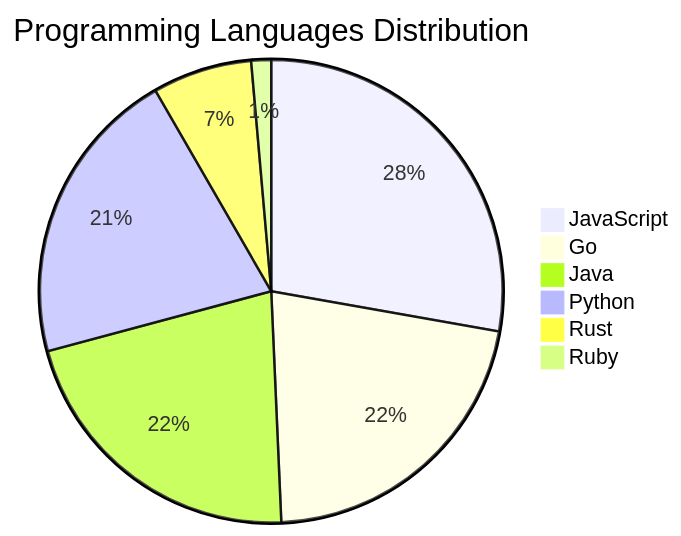
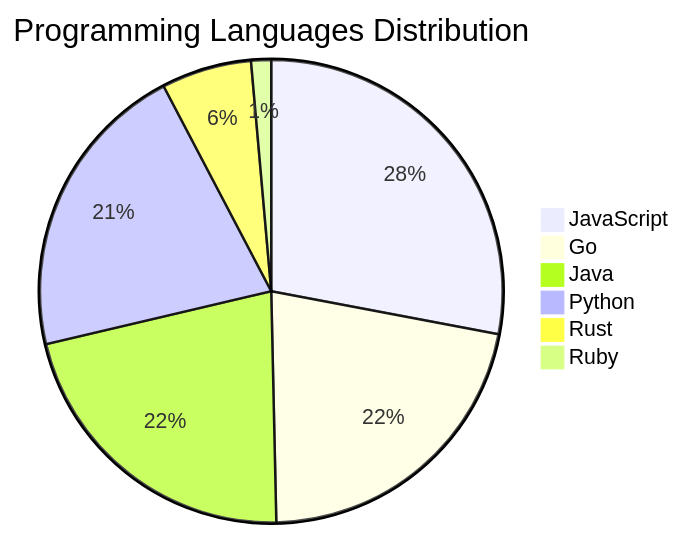
The diagram in README.md (Derrick-MUGISHA/github-activity-bot), drawn with Mermaid before and after one commit. The commit also changed other lines of this file and 4 other files, not shown here.

````diff
--- a/README.md
+++ b/README.md
@@ -206,9 +206,9 @@
 ```mermaid
 pie title Programming Languages Distribution
     "JavaScript" : 40
     "Go" : 31
     "Java" : 31
     "Python" : 30
-    "Rust" : 10
+    "Rust" : 9
     "Ruby" : 2
 ```
````
